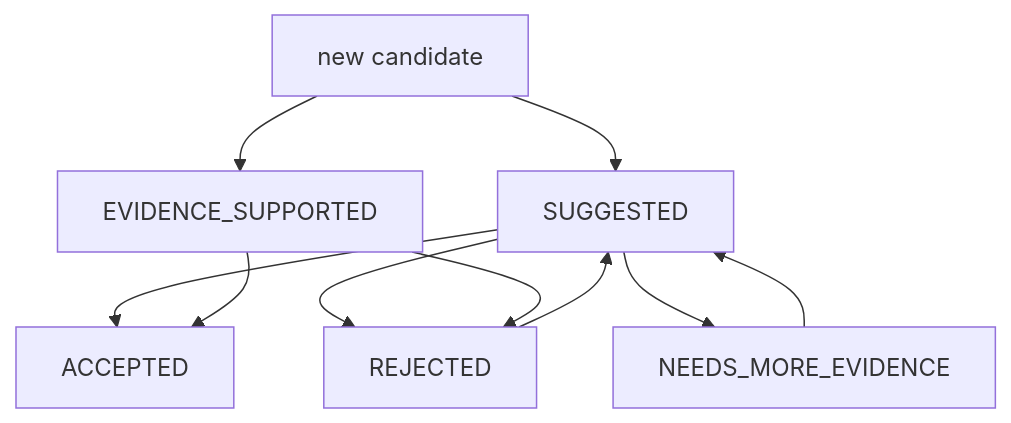
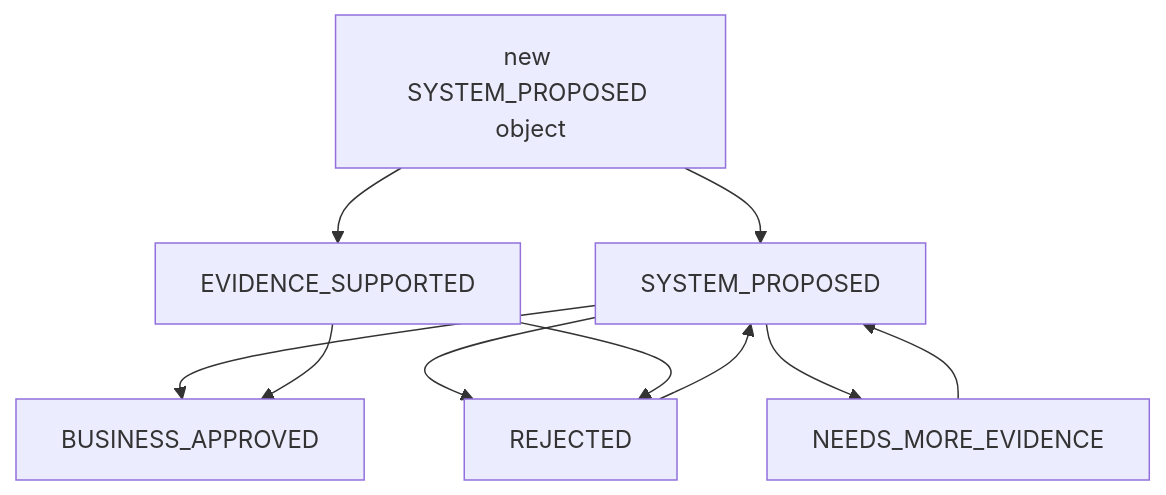
One commit to xiaoguang/relation-detector changed the diagram in docs/design/semantic-layer/13-review-queue.md. Above: the diagram before and after it, drawn with Mermaid. The commit also changed other lines of this file and 15 other files, not shown here.

````diff
--- a/docs/design/semantic-layer/13-review-queue.md
+++ b/docs/design/semantic-layer/13-review-queue.md
@@ -70,12 +70,12 @@
 ```mermaid
 flowchart TD
-  Start["new candidate"] --> Suggested["SUGGESTED"]
+  Start["new SYSTEM_PROPOSED object"] --> Suggested["SYSTEM_PROPOSED"]
   Start --> Supported["EVIDENCE_SUPPORTED"]
-  Suggested --> Accepted["ACCEPTED"]
+  Suggested --> BusinessApproved["BUSINESS_APPROVED"]
   Suggested --> Rejected["REJECTED"]
   Suggested --> MoreEvidence["NEEDS_MORE_EVIDENCE"]
-  Supported --> Accepted
+  Supported --> BusinessApproved
   Supported --> Rejected
   MoreEvidence --> Suggested
   Rejected --> Suggested
 ```
````
